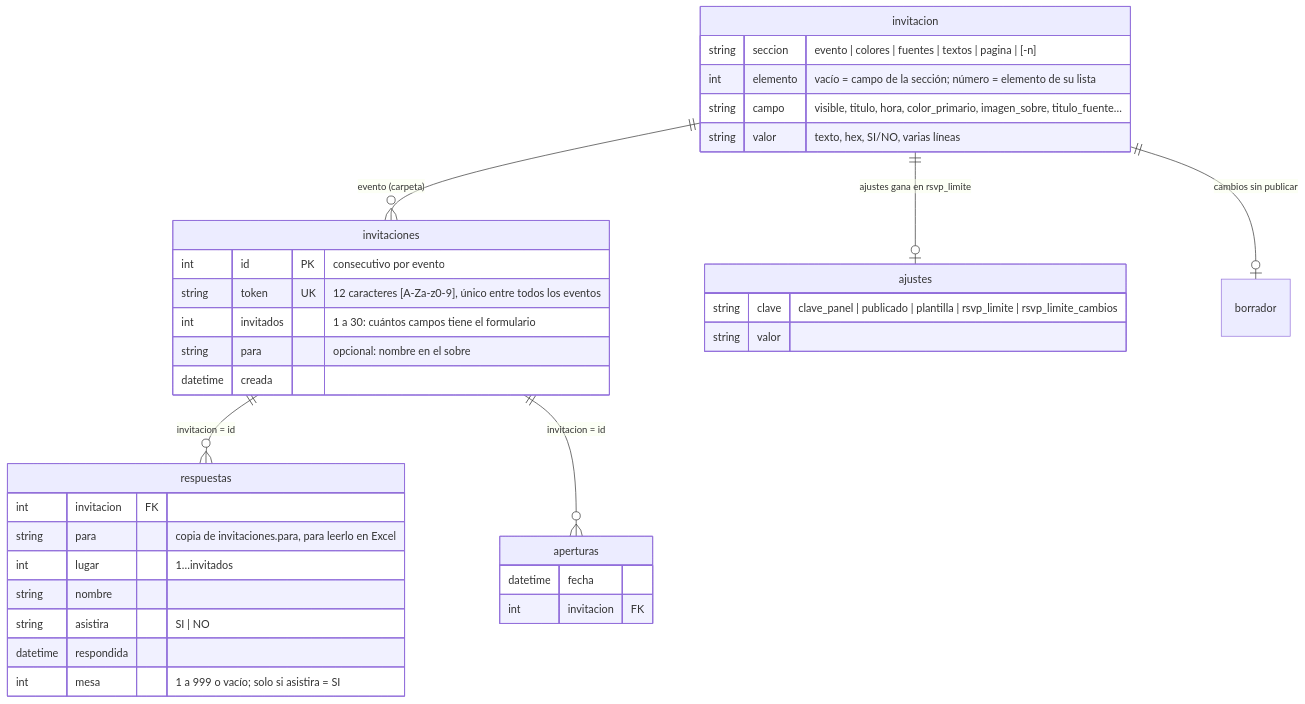
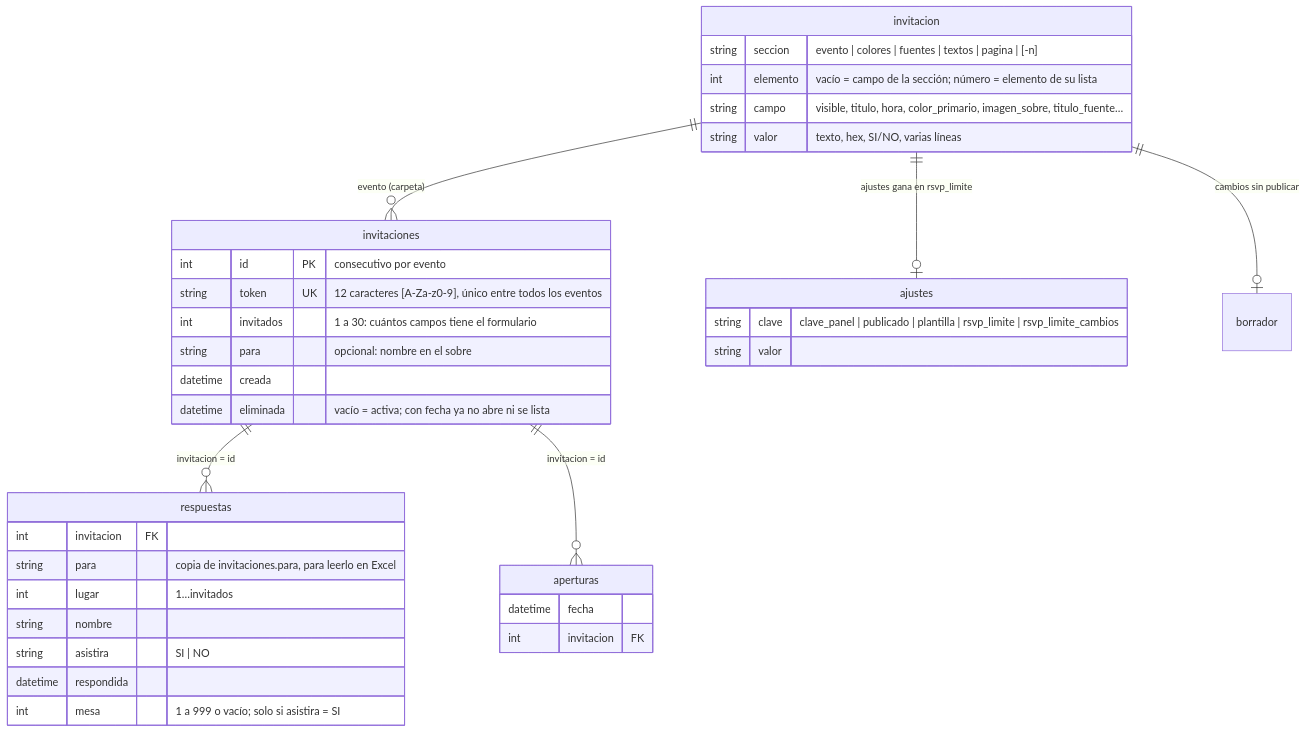
The diagram in docs/plan-invitaciones/03-arquitectura-objetivo/modelo-datos.md (rjm019/invitaciones), drawn with Mermaid before and after one commit. The commit also changed other lines of this file and 18 other files, not shown here.

````diff
--- a/docs/plan-invitaciones/03-arquitectura-objetivo/modelo-datos.md
+++ b/docs/plan-invitaciones/03-arquitectura-objetivo/modelo-datos.md
@@ -42,39 +44,40 @@
 ```mermaid
 erDiagram
     invitacion ||--o{ invitaciones : "evento (carpeta)"
     invitaciones ||--o{ respuestas : "invitacion = id"
     invitaciones ||--o{ aperturas : "invitacion = id"
     invitacion ||--o| ajustes : "ajustes gana en rsvp_limite"
     invitacion ||--o| borrador : "cambios sin publicar"
 
     invitacion {
       string seccion "evento | colores | fuentes | textos | pagina | <seccion>[-n]"
       int elemento "vacío = campo de la sección; número = elemento de su lista"
       string campo "visible, titulo, hora, color_primario, imagen_sobre, titulo_fuente…"
       string valor "texto, hex, SI/NO, varias líneas"
     }
     invitaciones {
       int id PK "consecutivo por evento"
       string token UK "12 caracteres [A-Za-z0-9], único entre todos los eventos"
       int invitados "1 a 30: cuántos campos tiene el formulario"
       string para "opcional: nombre en el sobre"
       datetime creada
+      datetime eliminada "vacío = activa; con fecha ya no abre ni se lista"
     }
     respuestas {
       int invitacion FK
       string para "copia de invitaciones.para, para leerlo en Excel"
       int lugar "1…invitados"
       string nombre
       string asistira "SI | NO"
       datetime respondida
       int mesa "1 a 999 o vacío; solo si asistira = SI"
     }
     aperturas {
       datetime fecha
       int invitacion FK
     }
     ajustes {
       string clave "clave_panel | publicado | plantilla | rsvp_limite | rsvp_limite_cambios"
       string valor
     }
 ```
````
